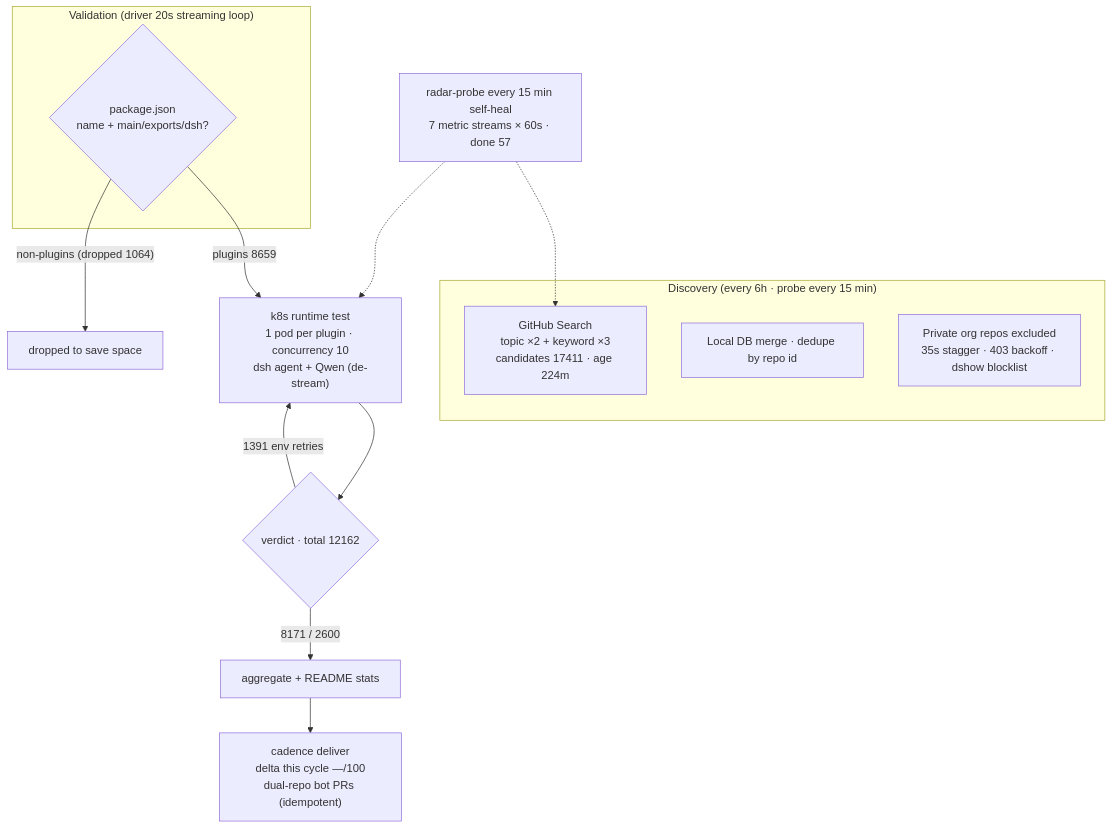
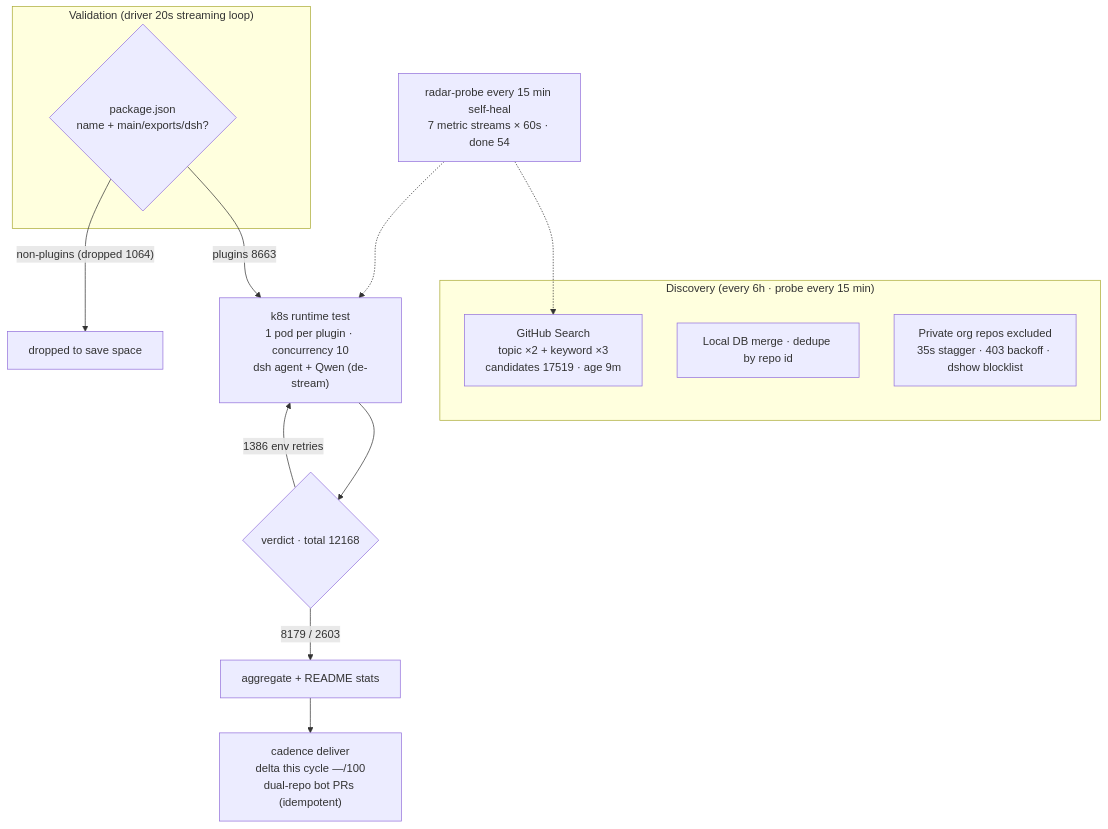
The diagram in README.en-US.md (AdamPlatin123/awesome-dsh-plugins), drawn with Mermaid before and after one commit. The commit also changed other lines of this file and 5 other files, not shown here.

````diff
--- a/README.en-US.md
+++ b/README.en-US.md
@@ -45,20 +45,20 @@
 ```mermaid
 flowchart TB
     subgraph Discovery["Discovery (every 6h · probe every 15 min)"]
-        A1["GitHub Search<br/>topic ×2 + keyword ×3<br/>candidates 17411 · age 224m"]
+        A1["GitHub Search<br/>topic ×2 + keyword ×3<br/>candidates 17519 · age 9m"]
         A2["Local DB merge · dedupe by repo id"]
         A3["Private org repos excluded<br/>35s stagger · 403 backoff · dshow blocklist"]
     end
     subgraph Validation["Validation (driver 20s streaming loop)"]
         B1{"package.json<br/>name + main/exports/dsh?"}
     end
-    B1 -->|"plugins 8659"| C1["k8s runtime test<br/>1 pod per plugin · concurrency 10<br/>dsh agent + Qwen (de-stream)"]
+    B1 -->|"plugins 8663"| C1["k8s runtime test<br/>1 pod per plugin · concurrency 10<br/>dsh agent + Qwen (de-stream)"]
     B1 -->|"non-plugins (dropped 1064)"| B3["dropped to save space"]
-    C1 --> D1{"verdict · total 12162"}
-    D1 -->|"8171 / 2600"| E1["aggregate + README stats"]
-    D1 -->|"1391 env retries"| C1
+    C1 --> D1{"verdict · total 12168"}
+    D1 -->|"8179 / 2603"| E1["aggregate + README stats"]
+    D1 -->|"1386 env retries"| C1
     E1 --> E2["cadence deliver<br/>delta this cycle —/100<br/>dual-repo bot PRs (idempotent)"]
-    M["radar-probe every 15 min self-heal<br/>7 metric streams × 60s · done 57"]
+    M["radar-probe every 15 min self-heal<br/>7 metric streams × 60s · done 54"]
     M -.-> A1
     M -.-> C1
 ```
````
